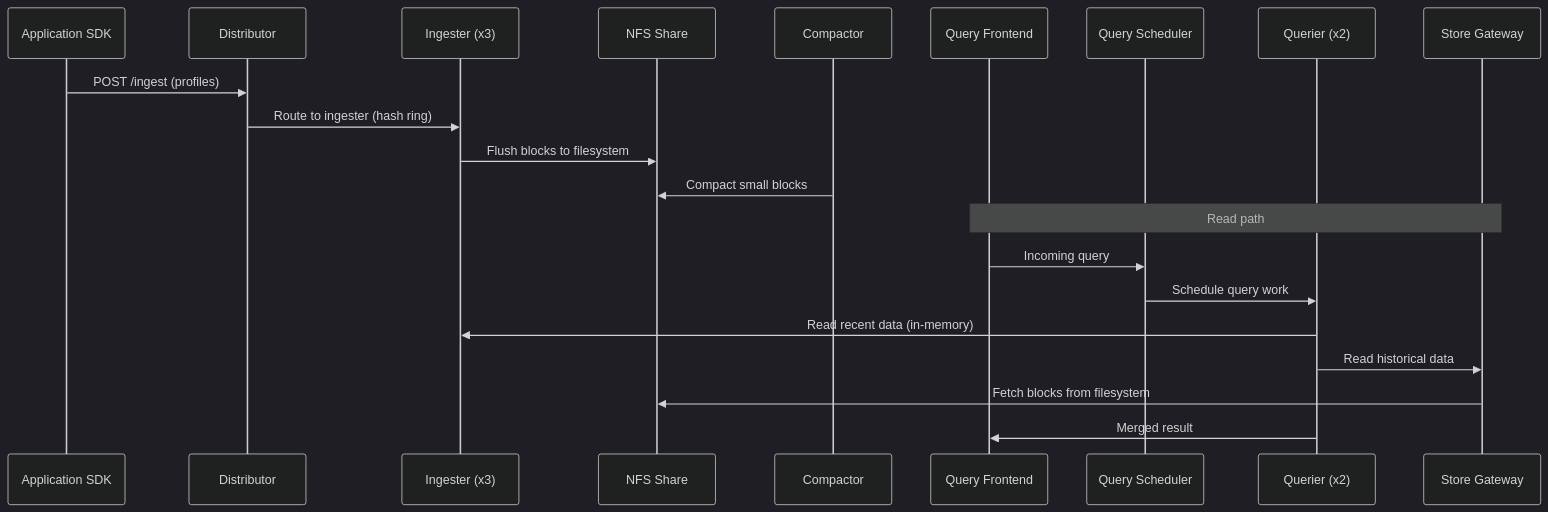
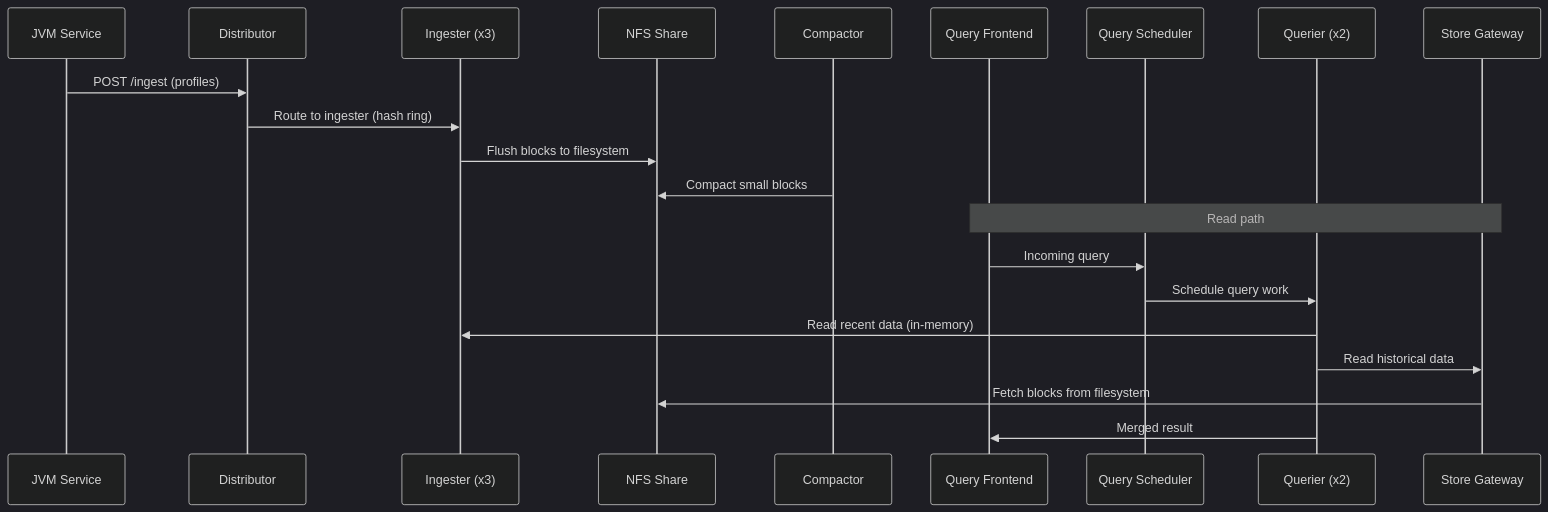
Before and after one commit to aff0gat000/pyroscope: the second of 2 diagrams in deploy/microservices/vm/README.md, drawn with Mermaid (dark theme). The commit also changed other lines of this file and 13 other files, not shown here.

First line of the commit message:
Clean up doc language and fix deploy diagrams

````diff
--- a/deploy/microservices/vm/README.md
+++ b/deploy/microservices/vm/README.md
@@ -53,25 +53,25 @@
 ```mermaid
 sequenceDiagram
-    participant SDK as Application SDK
+    participant SDK as JVM Service
     participant D as Distributor
     participant I as Ingester (x3)
     participant NFS as NFS Share
     participant C as Compactor
     participant QF as Query Frontend
     participant QS as Query Scheduler
     participant Q as Querier (x2)
     participant SG as Store Gateway
 
     SDK->>D: POST /ingest (profiles)
     D->>I: Route to ingester (hash ring)
     I->>NFS: Flush blocks to filesystem
     C->>NFS: Compact small blocks
 
     Note over QF,SG: Read path
     QF->>QS: Incoming query
     QS->>Q: Schedule query work
     Q->>I: Read recent data (in-memory)
     Q->>SG: Read historical data
     SG->>NFS: Fetch blocks from filesystem
     Q->>QF: Merged result
 ```
````
